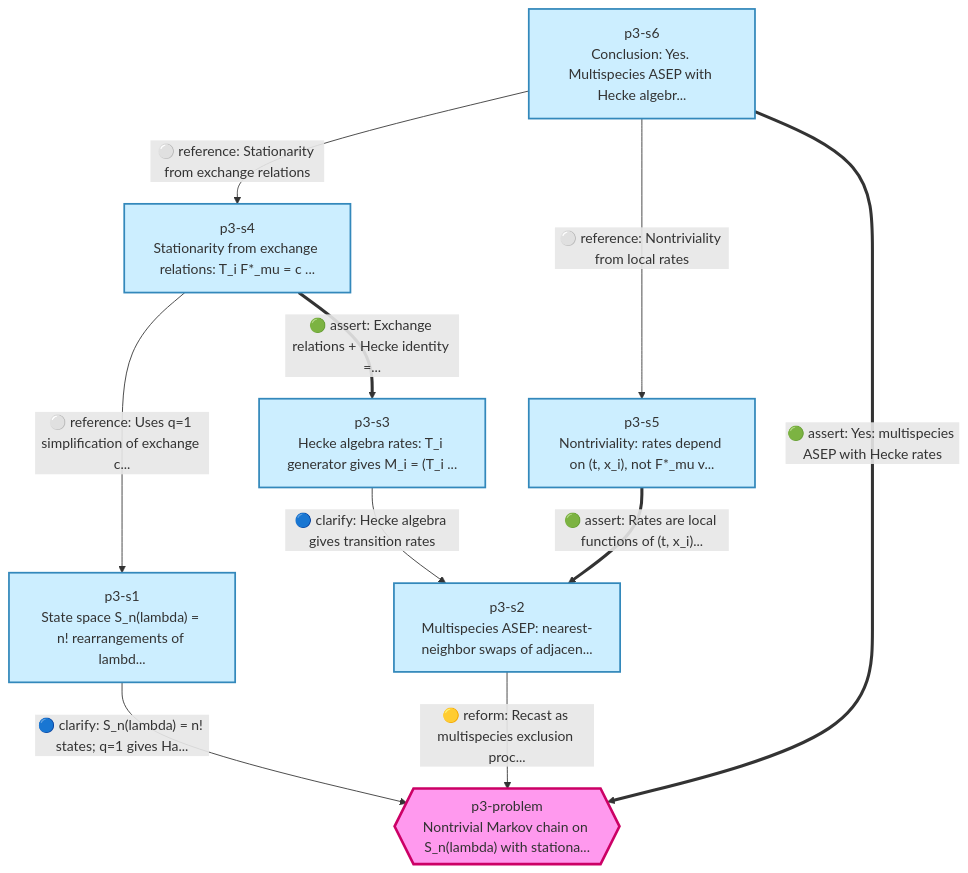
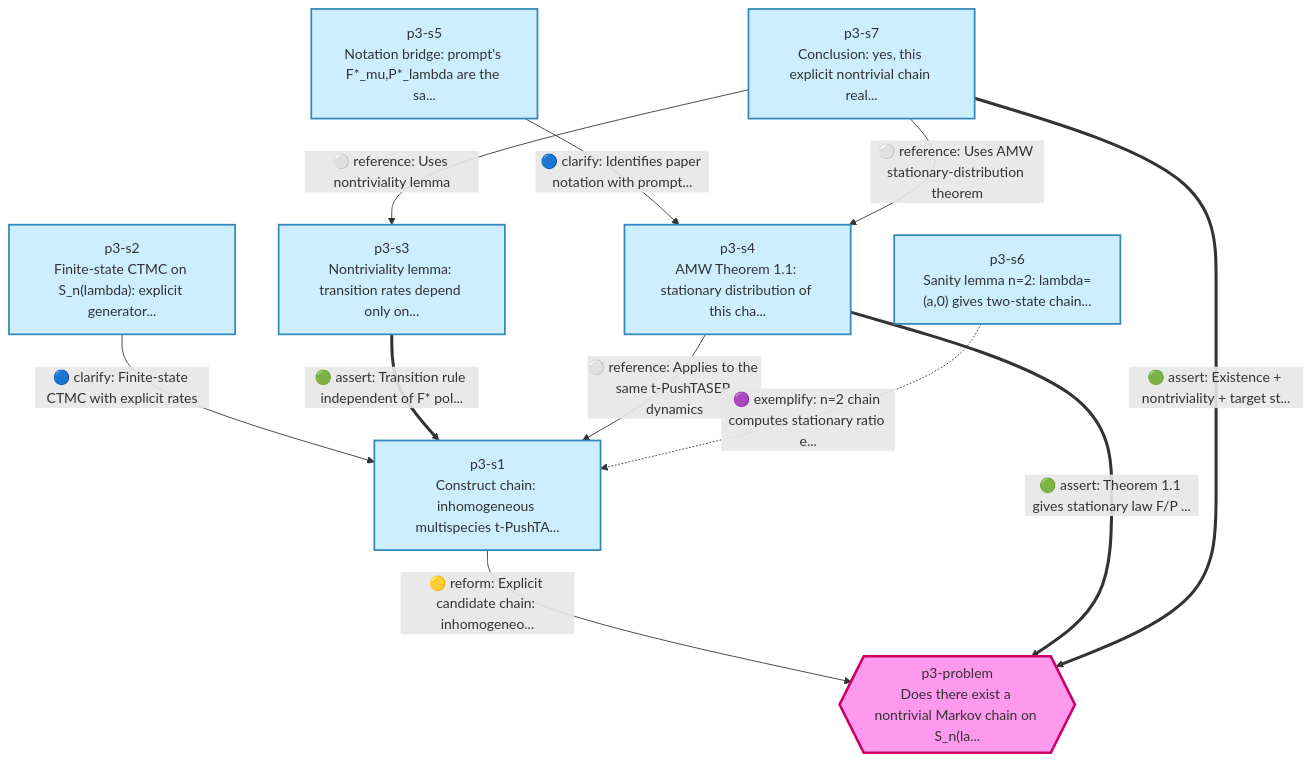
One commit to tothedarktowercame/futon6 changed the diagram in data/first-proof/problem3-v1.mmd. Above: the diagram before and after it, drawn with Mermaid. The commit also changed 4 other files, not shown here.

Commit message:
Rewrite Problem 3 with lemma-based proof and aligned wiring artifacts

```diff
--- a/data/first-proof/problem3-v1.mmd
+++ b/data/first-proof/problem3-v1.mmd
@@ -1,32 +1,34 @@
 flowchart TD
     %% first-proof-p3
 
     %% Edge type legend:
     %% assert=solid thick  challenge=dashed red  reform=solid yellow
     %% clarify=solid blue  exemplify=dashed purple  reference=solid gray
 
     %% Nodes
-    p3-problem{{"p3-problem<br/>Nontrivial Markov chain on S_n(lambda) with stationa..."}}
-    p3-s1["p3-s1<br/>State space S_n(lambda) = n! rearrangements of lambd..."]
-    p3-s2["p3-s2<br/>Multispecies ASEP: nearest-neighbor swaps of adjacen..."]
-    p3-s3["p3-s3<br/>Hecke algebra rates: T_i generator gives M_i = (T_i ..."]
-    p3-s4["p3-s4<br/>Stationarity from exchange relations: T_i F*_mu = c ..."]
-    p3-s5["p3-s5<br/>Nontriviality: rates depend on (t, x_i), not F*_mu v..."]
-    p3-s6["p3-s6<br/>Conclusion: Yes. Multispecies ASEP with Hecke algebr..."]
+    p3-problem{{"p3-problem<br/>Does there exist a nontrivial Markov chain on S_n(la..."}}
+    p3-s1["p3-s1<br/>Construct chain: inhomogeneous multispecies t-PushTA..."]
+    p3-s2["p3-s2<br/>Finite-state CTMC on S_n(lambda): explicit generator..."]
+    p3-s3["p3-s3<br/>Nontriviality lemma: transition rates depend only on..."]
+    p3-s4["p3-s4<br/>AMW Theorem 1.1: stationary distribution of this cha..."]
+    p3-s5["p3-s5<br/>Notation bridge: prompt's F*_mu,P*_lambda are the sa..."]
+    p3-s6["p3-s6<br/>Sanity lemma n=2: lambda=(a,0) gives two-state chain..."]
+    p3-s7["p3-s7<br/>Conclusion: yes, this explicit nontrivial chain real..."]
 
     %% Edges
-    p3-s1 -->|"🔵 clarify: S_n(lambda) = n! states; q=1 gives Ha..."| p3-problem
-    p3-s2 -->|"🟡 reform: Recast as multispecies exclusion proc..."| p3-problem
-    p3-s3 -->|"🔵 clarify: Hecke algebra gives transition rates"| p3-s2
-    p3-s4 ==>|"🟢 assert: Exchange relations + Hecke identity =..."| p3-s3
-    p3-s4 -->|"⚪ reference: Uses q=1 simplification of exchange c..."| p3-s1
-    p3-s5 ==>|"🟢 assert: Rates are local functions of (t, x_i)..."| p3-s2
-    p3-s6 ==>|"🟢 assert: Yes: multispecies ASEP with Hecke rates"| p3-problem
-    p3-s6 -->|"⚪ reference: Stationarity from exchange relations"| p3-s4
-    p3-s6 -->|"⚪ reference: Nontriviality from local rates"| p3-s5
+    p3-s1 -->|"🟡 reform: Explicit candidate chain: inhomogeneo..."| p3-problem
+    p3-s2 -->|"🔵 clarify: Finite-state CTMC with explicit rates"| p3-s1
+    p3-s3 ==>|"🟢 assert: Transition rule independent of F* pol..."| p3-s1
+    p3-s4 ==>|"🟢 assert: Theorem 1.1 gives stationary law F/P ..."| p3-problem
+    p3-s4 -->|"⚪ reference: Applies to the same t-PushTASEP dynamics"| p3-s1
+    p3-s5 -->|"🔵 clarify: Identifies paper notation with prompt..."| p3-s4
+    p3-s6 -.->|"🟣 exemplify: n=2 chain computes stationary ratio e..."| p3-s1
+    p3-s7 ==>|"🟢 assert: Existence + nontriviality + target st..."| p3-problem
+    p3-s7 -->|"⚪ reference: Uses nontriviality lemma"| p3-s3
+    p3-s7 -->|"⚪ reference: Uses AMW stationary-distribution theorem"| p3-s4
 
     %% Styling
     classDef question fill:#f9e,stroke:#c06,stroke-width:3px
     class p3-problem question
     classDef answer fill:#cef,stroke:#38b,stroke-width:2px
-    class p3-s1,p3-s2,p3-s3,p3-s4,p3-s5,p3-s6 answer
+    class p3-s1,p3-s2,p3-s3,p3-s4,p3-s5,p3-s6,p3-s7 answer
```
